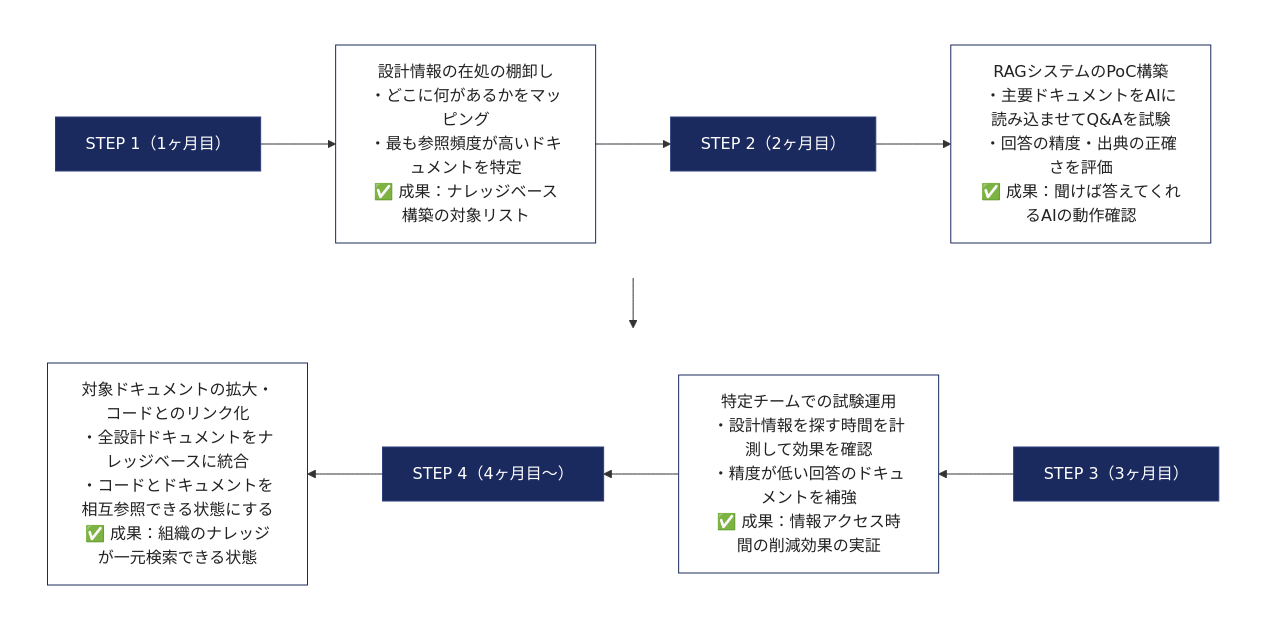
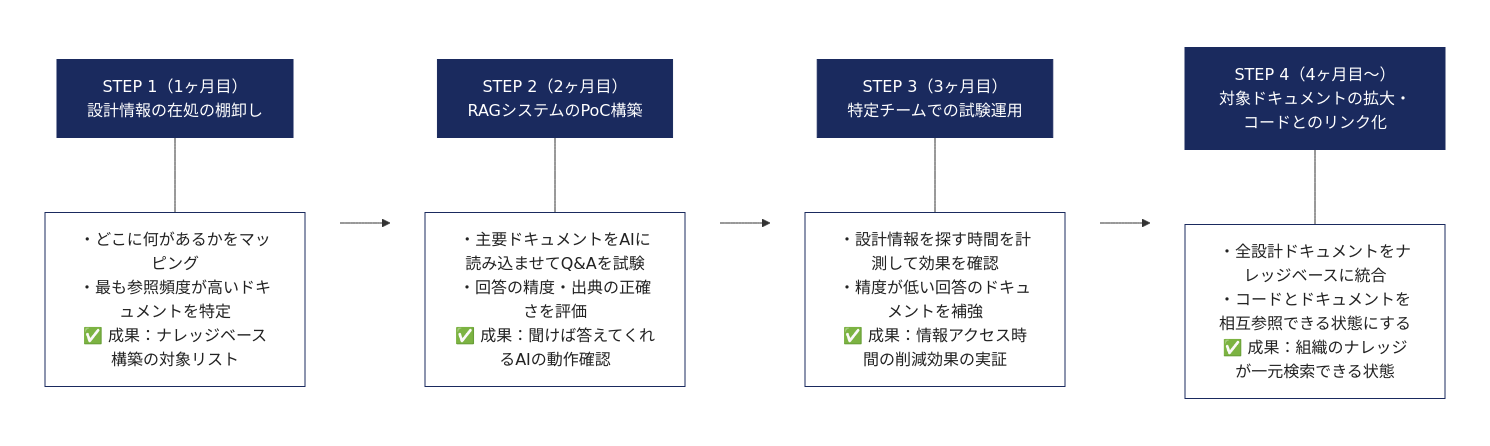
Before and after one commit to Kengo55555/My_Study: the sixth of 10 diagrams in AI_Idea/AI_ADOPTION_PROPOSAL.md, drawn with Mermaid. The commit also changed other lines of this file and 1 other file, not shown here.

Commit message:
Redesign Mermaid: horizontal LR layout, navy header + white body per step card

````diff
--- a/AI_Idea/AI_ADOPTION_PROPOSAL.md
+++ b/AI_Idea/AI_ADOPTION_PROPOSAL.md
@@ -281,22 +311,28 @@
 ```mermaid
-flowchart TD
-    subgraph row1[" "]
-        direction LR
-        T1["STEP 1（1ヶ月目）"] --> C1["設計情報の在処の棚卸し<br/>・どこに何があるかをマッピング<br/>・最も参照頻度が高いドキュメントを特定<br/>✅ 成果：ナレッジベース構築の対象リスト"]
-        C1 --> T2["STEP 2（2ヶ月目）"]
-        T2 --> C2["RAGシステムのPoC構築<br/>・主要ドキュメントをAIに読み込ませてQ&Aを試験<br/>・回答の精度・出典の正確さを評価<br/>✅ 成果：聞けば答えてくれるAIの動作確認"]
+flowchart LR
+    subgraph s1[" "]
+        direction TB
+        H1["STEP 1（1ヶ月目）<br/>設計情報の在処の棚卸し"] --- B1["・どこに何があるかをマッピング<br/>・最も参照頻度が高いドキュメントを特定<br/>✅ 成果：ナレッジベース構築の対象リスト"]
     end
-    subgraph row2[" "]
-        direction RL
-        T3["STEP 3（3ヶ月目）"] --> C3["特定チームでの試験運用<br/>・設計情報を探す時間を計測して効果を確認<br/>・精度が低い回答のドキュメントを補強<br/>✅ 成果：情報アクセス時間の削減効果の実証"]
-        C3 --> T4["STEP 4（4ヶ月目〜）"]
-        T4 --> C4["対象ドキュメントの拡大・コードとのリンク化<br/>・全設計ドキュメントをナレッジベースに統合<br/>・コードとドキュメントを相互参照できる状態にする<br/>✅ 成果：組織のナレッジが一元検索できる状態"]
+    subgraph s2[" "]
+        direction TB
+        H2["STEP 2（2ヶ月目）<br/>RAGシステムのPoC構築"] --- B2["・主要ドキュメントをAIに読み込ませてQ&Aを試験<br/>・回答の精度・出典の正確さを評価<br/>✅ 成果：聞けば答えてくれるAIの動作確認"]
     end
-    C2 --> T3
-    style row1 fill:transparent,stroke:transparent,color:transparent
-    style row2 fill:transparent,stroke:transparent,color:transparent
-    classDef title fill:#1a2a5e,stroke:#2c3e7a,color:#fff
-    classDef content fill:#fff,stroke:#1a2a5e,color:#222
-    class T1,T2,T3,T4 title
-    class C1,C2,C3,C4 content
+    subgraph s3[" "]
+        direction TB
+        H3["STEP 3（3ヶ月目）<br/>特定チームでの試験運用"] --- B3["・設計情報を探す時間を計測して効果を確認<br/>・精度が低い回答のドキュメントを補強<br/>✅ 成果：情報アクセス時間の削減効果の実証"]
+    end
+    subgraph s4[" "]
+        direction TB
+        H4["STEP 4（4ヶ月目〜）<br/>対象ドキュメントの拡大・コードとのリンク化"] --- B4["・全設計ドキュメントをナレッジベースに統合<br/>・コードとドキュメントを相互参照できる状態にする<br/>✅ 成果：組織のナレッジが一元検索できる状態"]
+    end
+    s1 --> s2 --> s3 --> s4
+    style s1 fill:transparent,stroke:transparent,color:transparent
+    style s2 fill:transparent,stroke:transparent,color:transparent
+    style s3 fill:transparent,stroke:transparent,color:transparent
+    style s4 fill:transparent,stroke:transparent,color:transparent
+    classDef hdr fill:#1a2a5e,stroke:#1a2a5e,color:#fff
+    classDef bdy fill:#fff,stroke:#1a2a5e,color:#222
+    class H1,H2,H3,H4 hdr
+    class B1,B2,B3,B4 bdy
 ```
````
